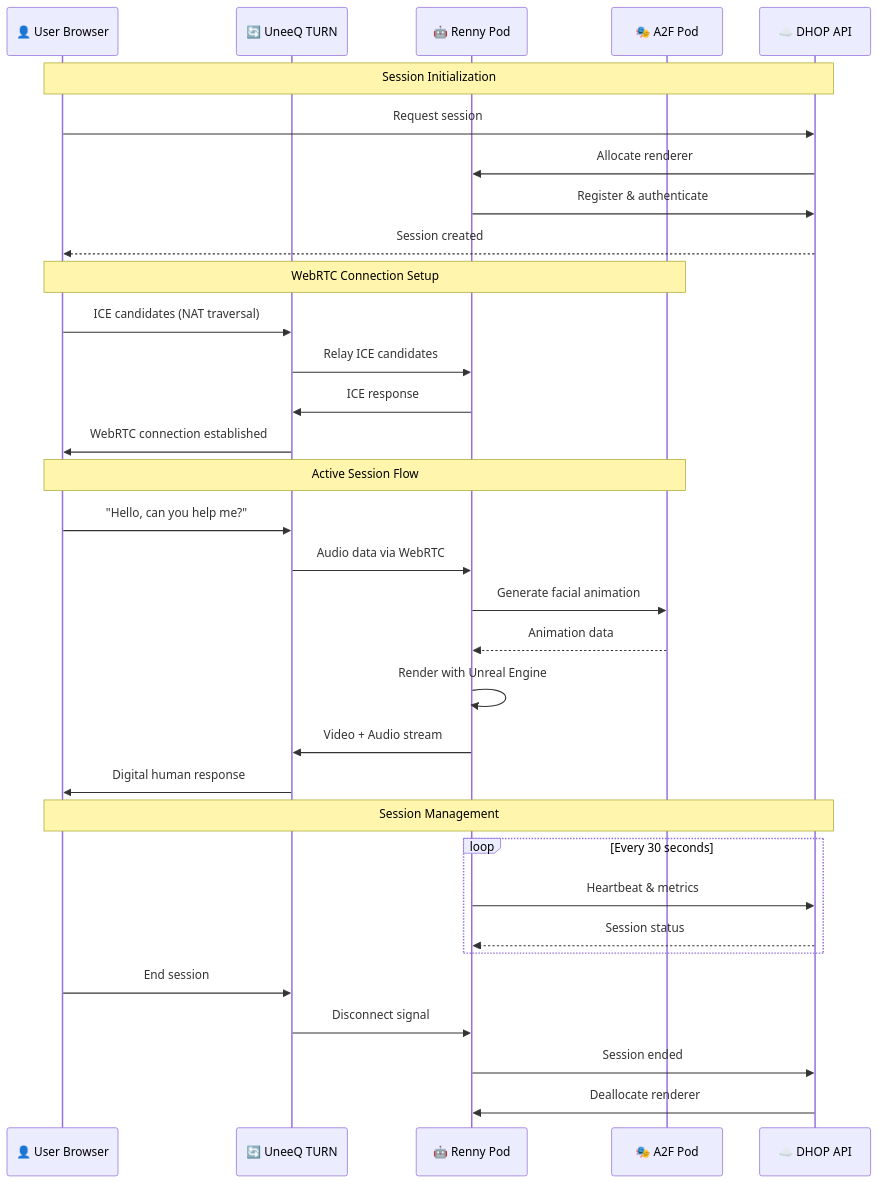
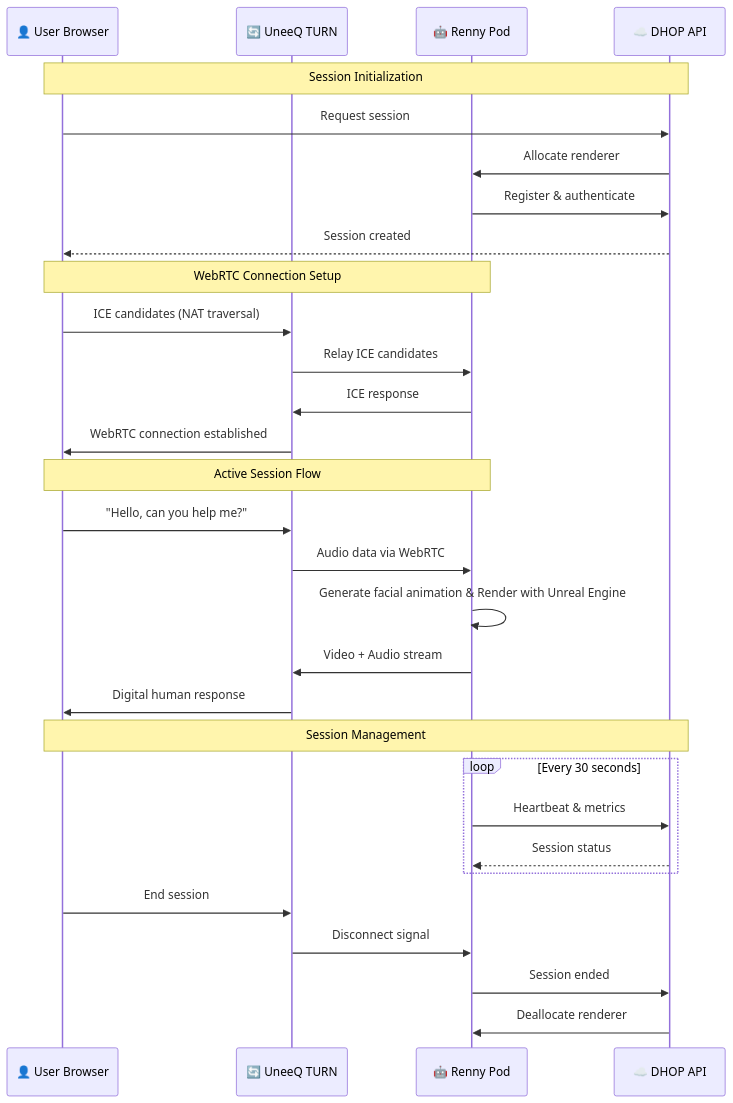
The second of 3 diagrams in kubernetes/README.md (uneeq-digital-humans/miniprem), drawn with Mermaid before and after one commit. The commit also changed other lines of this file and 4 other files, not shown here.

````diff
--- a/kubernetes/README.md
+++ b/kubernetes/README.md
@@ -443,40 +437,37 @@
 ```mermaid
 sequenceDiagram
     participant User as 👤 User Browser
     participant TURN as 🔄 UneeQ TURN
     participant Renny as 🤖 Renny Pod
-    participant A2F as 🎭 A2F Pod
     participant DHOP as ☁️ DHOP API
     
     Note over User,DHOP: Session Initialization
     User->>DHOP: Request session
     DHOP->>Renny: Allocate renderer
     Renny->>DHOP: Register & authenticate
     DHOP-->>User: Session created
     
-    Note over User,A2F: WebRTC Connection Setup
+    Note over User,Renny: WebRTC Connection Setup
     User->>TURN: ICE candidates (NAT traversal)
     TURN->>Renny: Relay ICE candidates
     Renny->>TURN: ICE response
     TURN->>User: WebRTC connection established
     
-    Note over User,A2F: Active Session Flow
+    Note over User,Renny: Active Session Flow
     User->>TURN: "Hello, can you help me?"
     TURN->>Renny: Audio data via WebRTC
-    Renny->>A2F: Generate facial animation
-    A2F-->>Renny: Animation data
-    Renny->>Renny: Render with Unreal Engine
+    Renny->>Renny: Generate facial animation & Render with Unreal Engine
     Renny->>TURN: Video + Audio stream
     TURN->>User: Digital human response
     
     Note over User,DHOP: Session Management
     loop Every 30 seconds
         Renny->>DHOP: Heartbeat & metrics
         DHOP-->>Renny: Session status
     end
     
     User->>TURN: End session
     TURN->>Renny: Disconnect signal
     Renny->>DHOP: Session ended
     DHOP->>Renny: Deallocate renderer
 ```
````
